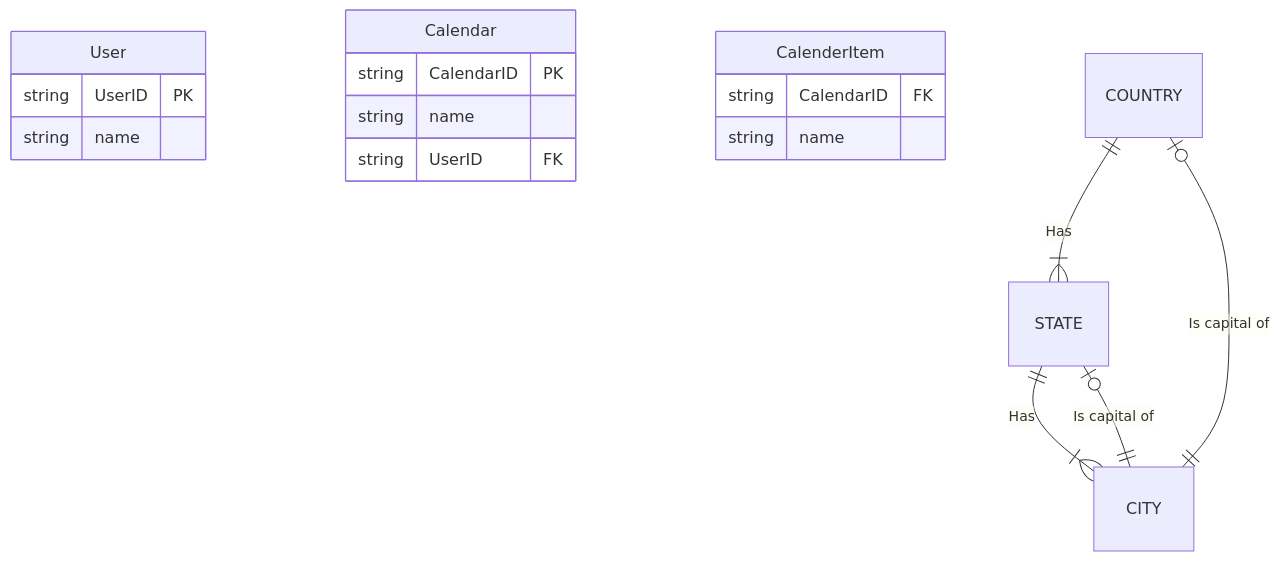
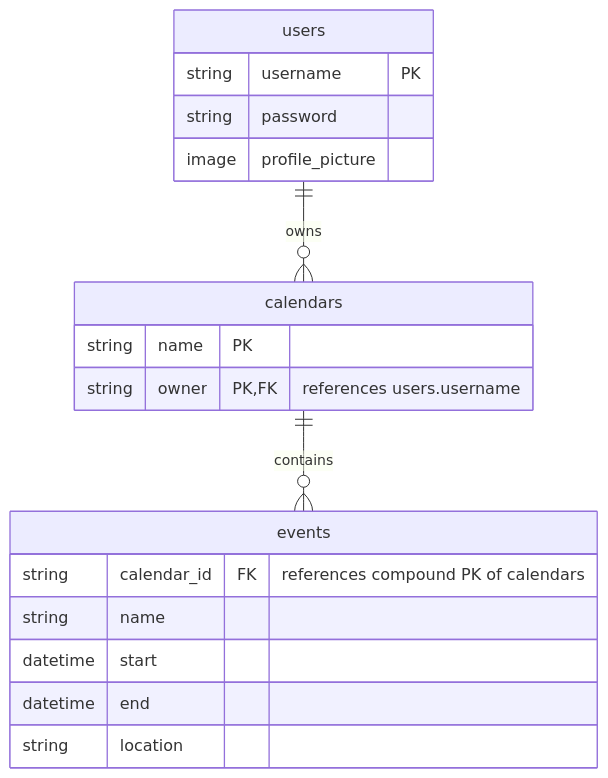
The first of 2 diagrams in README.md (MatthewMckee4/TimeFrame), drawn with Mermaid before and after one commit. The commit also changed other lines of this file, not shown here.

````diff
--- a/README.md
+++ b/README.md
@@ -5,20 +10,24 @@
 ```mermaid
 erDiagram
-    User {
-        string UserID PK
+
+    users ||--o{ calendars : owns
+    users {
+        string username PK
+        string password
+        image profile_picture
+    }
+
+    calendars ||--o{ events : contains
+    calendars {
+        string name PK
+        string owner PK, FK "references users.username"
+    }
+
+    events {
+        string calendar_id FK "references compound PK of calendars"
         string name
+        datetime start
+        datetime end
+        string location
     }
-    Calendar {
-        string CalendarID PK
-        string name
-        string UserID FK
-    }
-    CalenderItem {
-        string CalendarID FK
-        string name
-    }
-    COUNTRY ||--|{ STATE : "Has"
-    STATE ||--|{ CITY : "Has"
-    CITY ||--o| STATE : "Is capital of"
-    CITY ||--o| COUNTRY : "Is capital of"
 ```
````
